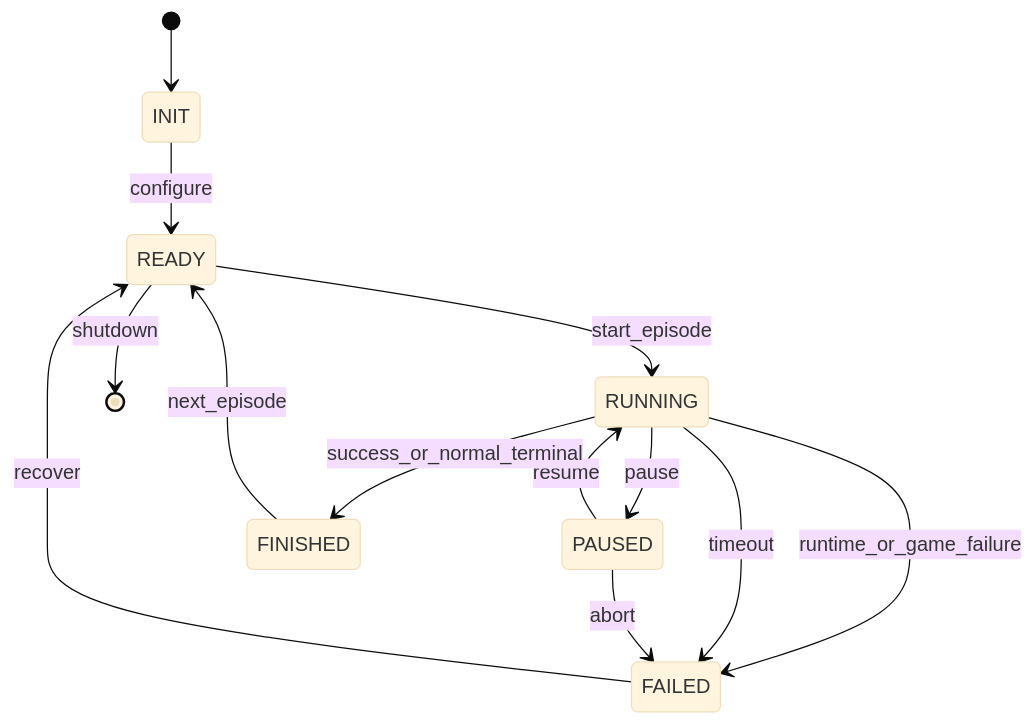
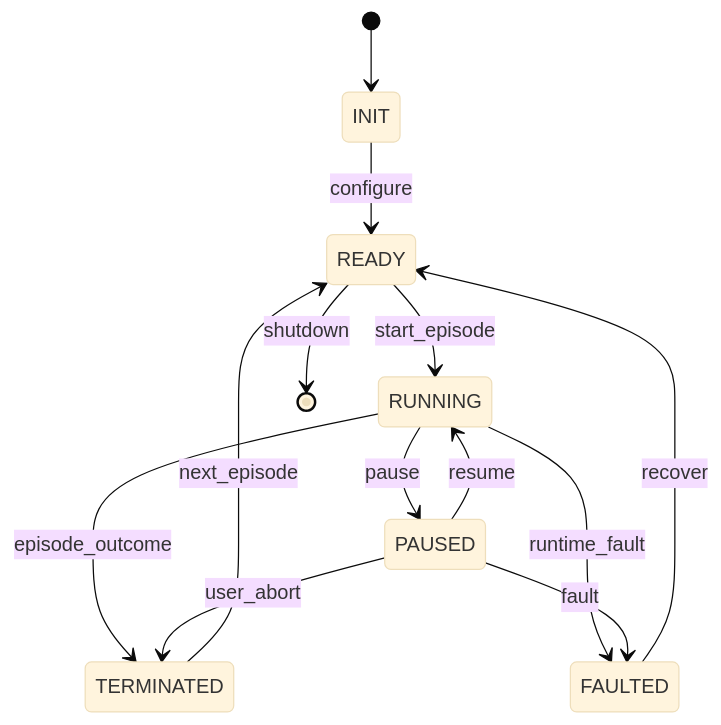
One commit to Vectology-cloud-team/namma-rogue-agent changed the diagram in docs/runtime-state-machine.md. Above: the diagram before and after it, drawn with Mermaid (base theme). The commit also changed other lines of this file and 11 other files, not shown here.

````diff
--- a/docs/runtime-state-machine.md
+++ b/docs/runtime-state-machine.md
@@ -9,15 +8,15 @@
 ```mermaid
 stateDiagram-v2
     [*] --> INIT
     INIT --> READY: configure
     READY --> RUNNING: start_episode
     RUNNING --> PAUSED: pause
     PAUSED --> RUNNING: resume
-    RUNNING --> FINISHED: success_or_normal_terminal
-    RUNNING --> FAILED: runtime_or_game_failure
-    RUNNING --> FAILED: timeout
-    PAUSED --> FAILED: abort
-    FINISHED --> READY: next_episode
-    FAILED --> READY: recover
+    RUNNING --> TERMINATED: episode_outcome
+    RUNNING --> FAULTED: runtime_fault
+    PAUSED --> TERMINATED: user_abort
+    PAUSED --> FAULTED: fault
+    TERMINATED --> READY: next_episode
+    FAULTED --> READY: recover
     READY --> [*]: shutdown
 ```
````
